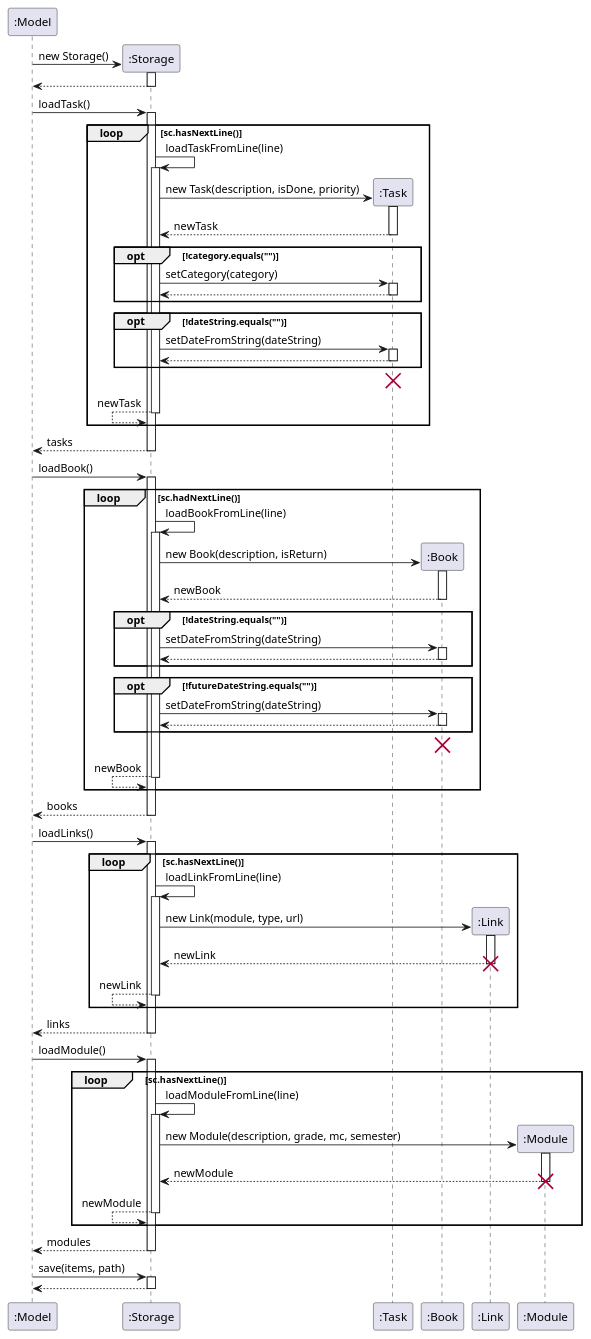
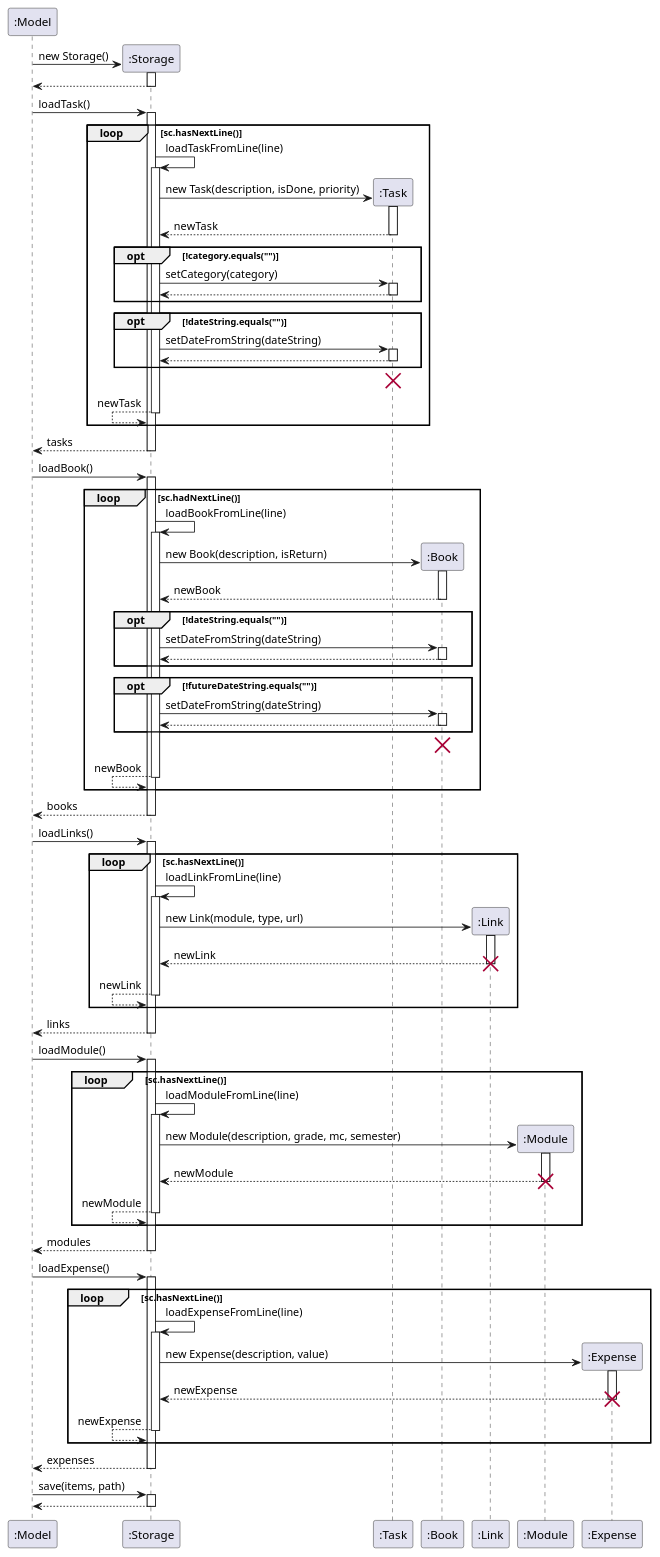
Before and after one commit to nus-cs2113-AY2021S1/tp: the diagram in docs/diagrams/StorageSequenceDiagram.puml, drawn with PlantUML. The commit also changed other lines of this file, not shown here.

Commit message:
Update sequence diagram for Storage

```diff
--- a/docs/diagrams/StorageSequenceDiagram.puml
+++ b/docs/diagrams/StorageSequenceDiagram.puml
@@ -2,161 +2,187 @@
 @startuml
 participant ":Model" as Model
 participant ":Storage" as Storage
 participant ":Task" as Task
 participant ":Book" as Book
 participant ":Link" as Link
 participant ":Module" as Module
+participant ":Expense" as Expense
 
 create Storage
 Model -> Storage : new Storage()
 activate Storage
 
 Model <-- Storage
 deactivate Storage
 
 Model -> Storage : loadTask()
 activate Storage
 
 loop sc.hasNextLine()
 
 Storage -> Storage : loadTaskFromLine(line)
 activate Storage
 
 create Task
 Storage -> Task : new Task(description, isDone, priority)
 activate Task
 
 Storage <-- Task : newTask
 deactivate Task
 
 opt !category.equals("")
 
 Storage -> Task : setCategory(category)
 activate Task
 
 Storage <-- Task
 deactivate Task
 
 end
 
 opt !dateString.equals("")
 
 Storage -> Task : setDateFromString(dateString)
 activate Task
 
 Storage <-- Task
 deactivate Task
 
 end
 
 destroy Task
 
 Storage <-- Storage : newTask
 deactivate Storage
 
 end
 
 Model <-- Storage : tasks
 deactivate Storage
 
 Model -> Storage : loadBook()
 activate Storage
 
 loop sc.hadNextLine()
 
 Storage -> Storage : loadBookFromLine(line)
 activate Storage
 
 create Book
 Storage -> Book : new Book(description, isReturn)
 activate Book
 
 Storage <-- Book : newBook
 deactivate Book
 
 opt !dateString.equals("")
 
 Storage -> Book : setDateFromString(dateString)
 activate Book
 
 Storage <-- Book
 deactivate Book
 
 end
 
 opt !futureDateString.equals("")
 
 Storage -> Book : setDateFromString(dateString)
 activate Book
 
 Storage <-- Book
 deactivate Book
 
 end
 
 destroy Book
 
 Storage <-- Storage : newBook
 deactivate Storage
 
 end
 
 Model <-- Storage : books
 deactivate Storage
 
 Model -> Storage : loadLinks()
 activate Storage
 
 loop sc.hasNextLine()
 
 Storage -> Storage : loadLinkFromLine(line)
 activate Storage
 
 create Link
 Storage -> Link : new Link(module, type, url)
 activate Link
 
 Storage <-- Link : newLink
 deactivate Link
 
 destroy Link
 
 Storage <-- Storage : newLink
 deactivate Storage
 
 end
 
 Model <-- Storage : links
 deactivate Storage
 
 Model -> Storage : loadModule()
 activate Storage
 
 loop sc.hasNextLine()
 
 Storage -> Storage : loadModuleFromLine(line)
 activate Storage
 
 create Module
 Storage -> Module : new Module(description, grade, mc, semester)
 activate Module
 
 Storage <-- Module : newModule
 deactivate Module
 
 destroy Module
 
 Storage <-- Storage : newModule
 deactivate Storage
 
 end
 
 Model <-- Storage : modules
 deactivate Storage
 
+Model -> Storage : loadExpense()
+activate Storage
+
+loop sc.hasNextLine()
+
+Storage -> Storage : loadExpenseFromLine(line)
+activate Storage
+
+create Expense
+Storage -> Expense : new Expense(description, value)
+activate Expense
+
+Storage <-- Expense : newExpense
+deactivate Expense
+
+destroy Expense
+
+Storage <-- Storage : newExpense
+deactivate Storage
+
+end
+
+Model <-- Storage : expenses
+deactivate Storage
+
 Model -> Storage : save(items, path)
 activate Storage
 
 Model <-- Storage
 deactivate Storage
 @enduml
```
